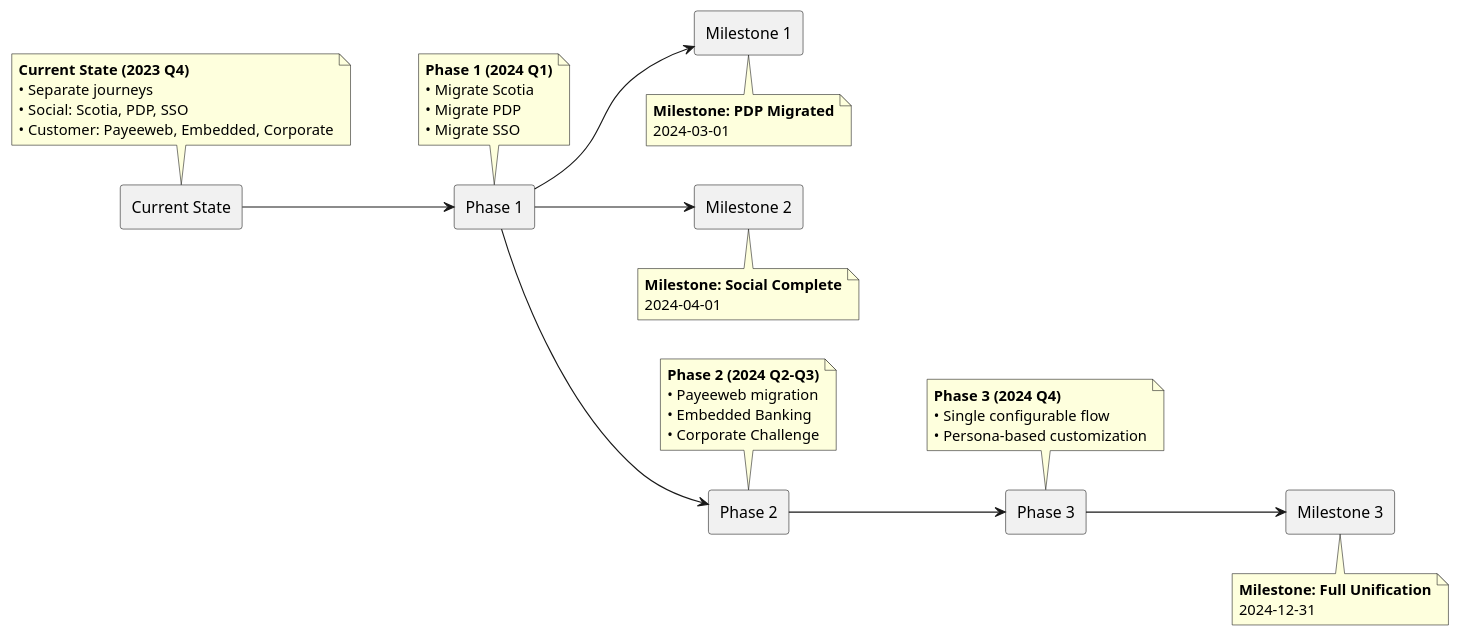
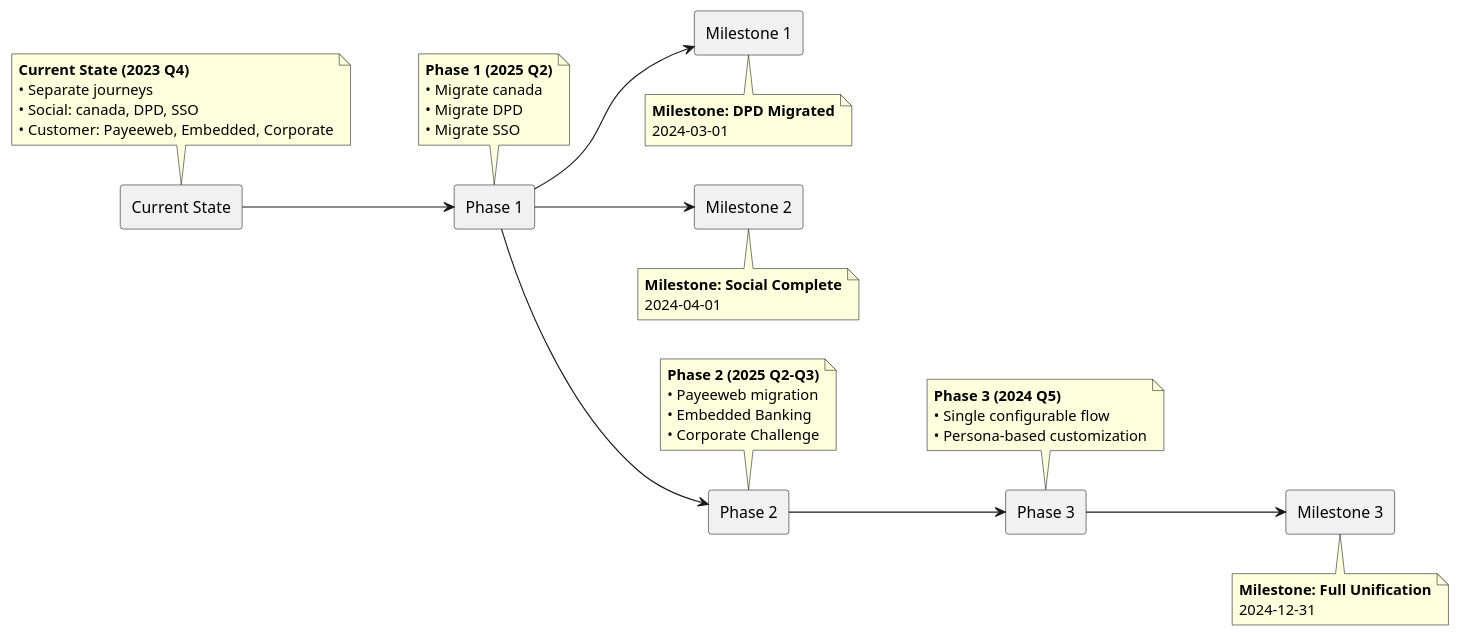
One commit to ahmedHanie93/Personal-projects changed the sixth of 9 diagrams in MorganStanely/test2.md. Above: the diagram before and after it, drawn with PlantUML. The commit also changed other lines of this file, not shown here.

````diff
--- a/MorganStanely/test2.md
+++ b/MorganStanely/test2.md
@@ -157,62 +157,62 @@
 ```plantuml
 @startuml
 left to right direction
 
 rectangle "Current State" as current
 rectangle "Phase 1" as phase1
 rectangle "Phase 2" as phase2
 rectangle "Phase 3" as phase3
 rectangle "Milestone 1" as m1
 rectangle "Milestone 2" as m2
 rectangle "Milestone 3" as m3
 
 current --> phase1
 phase1 --> phase2
 phase2 --> phase3
 phase1 --> m1
 phase1 --> m2
 phase3 --> m3
 
 note top of current
   <b>Current State (2023 Q4)</b>
   • Separate journeys
-  • Social: Scotia, PDP, SSO
+  • Social: canada, DPD, SSO
   • Customer: Payeeweb, Embedded, Corporate
 end note
 
 note top of phase1
-  <b>Phase 1 (2024 Q1)</b>
-  • Migrate Scotia
-  • Migrate PDP
+  <b>Phase 1 (2025 Q2)</b>
+  • Migrate canada
+  • Migrate DPD
   • Migrate SSO
 end note
 
 note top of phase2
-  <b>Phase 2 (2024 Q2-Q3)</b>
+  <b>Phase 2 (2025 Q2-Q3)</b>
   • Payeeweb migration
   • Embedded Banking
   • Corporate Challenge
 end note
 
 note top of phase3
-  <b>Phase 3 (2024 Q4)</b>
+  <b>Phase 3 (2024 Q5)</b>
   • Single configurable flow
   • Persona-based customization
 end note
 
 note bottom of m1
-  <b>Milestone: PDP Migrated</b>
+  <b>Milestone: DPD Migrated</b>
   2024-03-01
 end note
 
 note bottom of m2
   <b>Milestone: Social Complete</b>
   2024-04-01
 end note
 
 note bottom of m3
   <b>Milestone: Full Unification</b>
   2024-12-31
 end note
 @enduml
 ```
````
